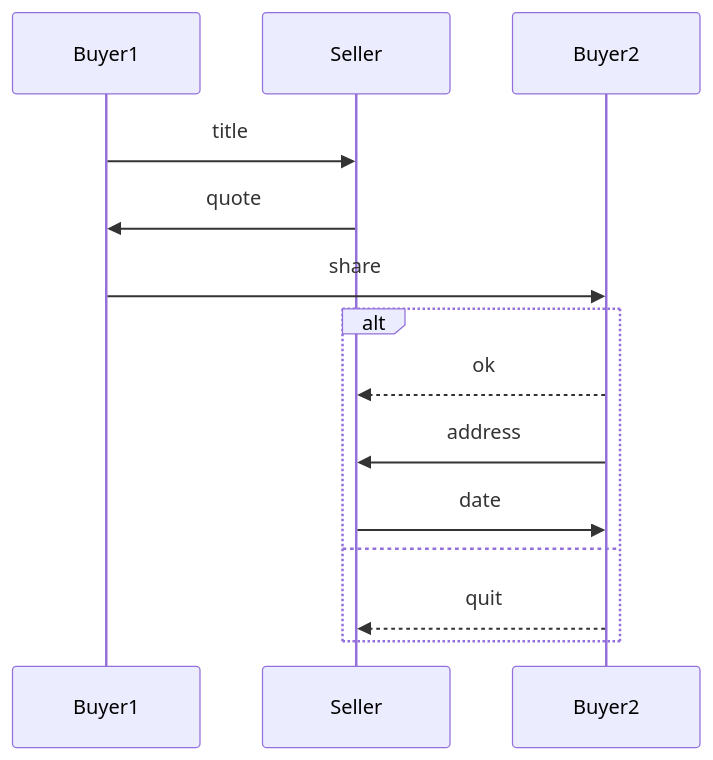
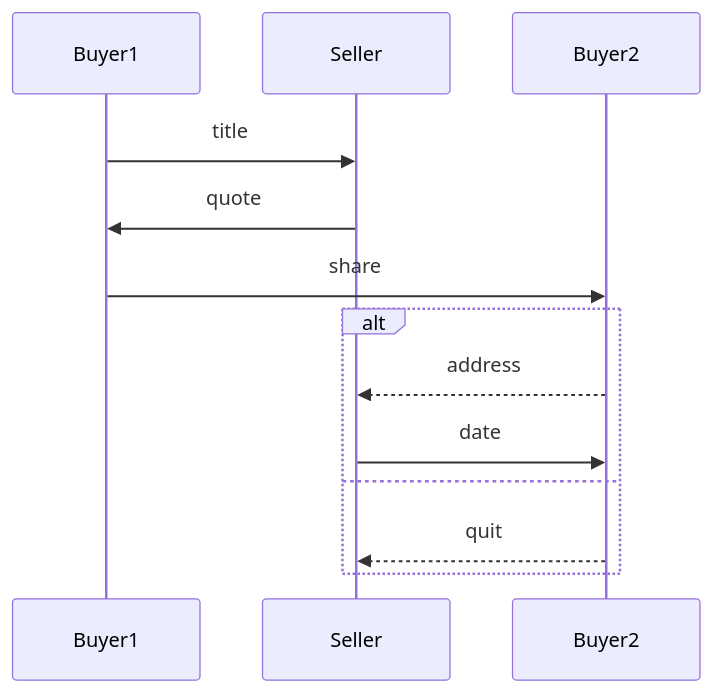
The diagram in docs/diagram.mmd (pkitazos/elixir-mpst), drawn with Mermaid before and after one commit.

Commit message:
updated sequence diagram

```diff
--- a/docs/diagram.mmd
+++ b/docs/diagram.mmd
@@ -1,14 +1,13 @@
 sequenceDiagram
     participant Buyer1
     participant Seller
     participant Buyer2
     Buyer1 ->> Seller: title
     Seller ->> Buyer1: quote
     Buyer1 ->> Buyer2: share
     alt 
-        Buyer2 -->> Seller: ok
-        Buyer2 ->> Seller: address
+        Buyer2 -->> Seller: address
         Seller ->> Buyer2: date
     else
         Buyer2 -->> Seller: quit
     end
```
